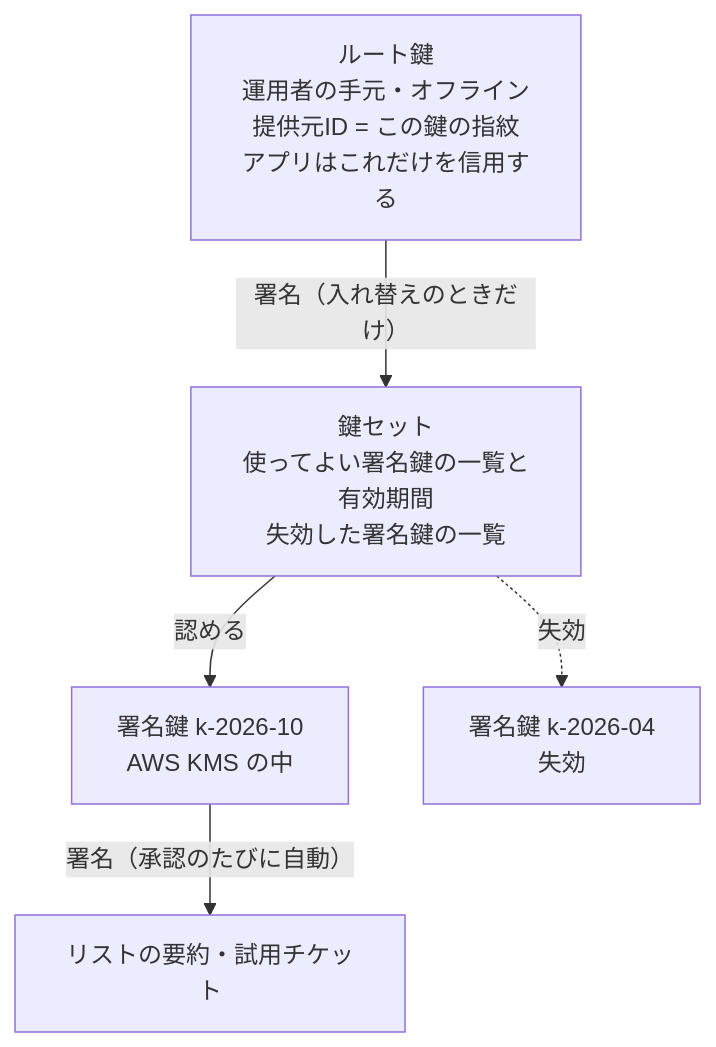
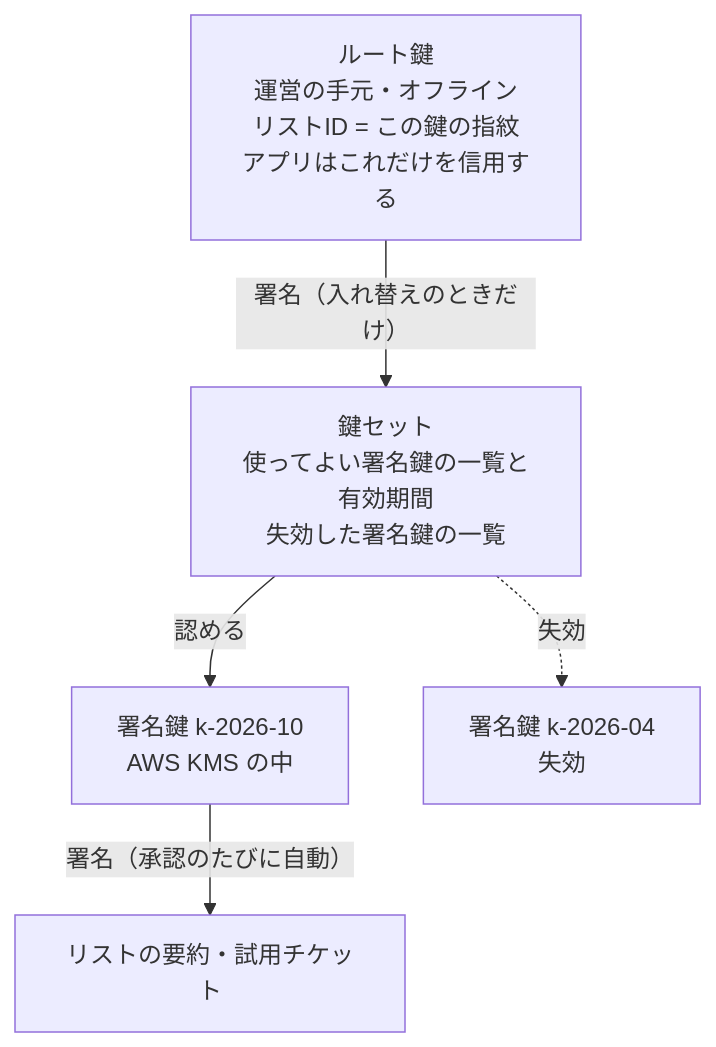
Before and after one commit to duwenji/yorisoi-tutorial: the first of 3 diagrams in 06-trust/04-two-tier-keys.md, drawn with Mermaid. The commit also changed other lines of this file and 62 other files, not shown here.

````diff
--- a/06-trust/04-two-tier-keys.md
+++ b/06-trust/04-two-tier-keys.md
@@ -28,12 +28,12 @@
 ```mermaid
 flowchart TB
-    R["ルート鍵<br/>運用者の手元・オフライン<br/>提供元ID = この鍵の指紋<br/>アプリはこれだけを信用する"]
+    R["ルート鍵<br/>運営の手元・オフライン<br/>リストID = この鍵の指紋<br/>アプリはこれだけを信用する"]
     KS["鍵セット<br/>使ってよい署名鍵の一覧と有効期間<br/>失効した署名鍵の一覧"]
     K1["署名鍵 k-2026-10<br/>AWS KMS の中"]
     K0["署名鍵 k-2026-04<br/>失効"]
     L["リストの要約・試用チケット"]
     R -- "署名（入れ替えのときだけ）" --> KS
     KS -- 認める --> K1
     KS -. 失効 .-> K0
     K1 -- "署名（承認のたびに自動）" --> L
 ```
````
